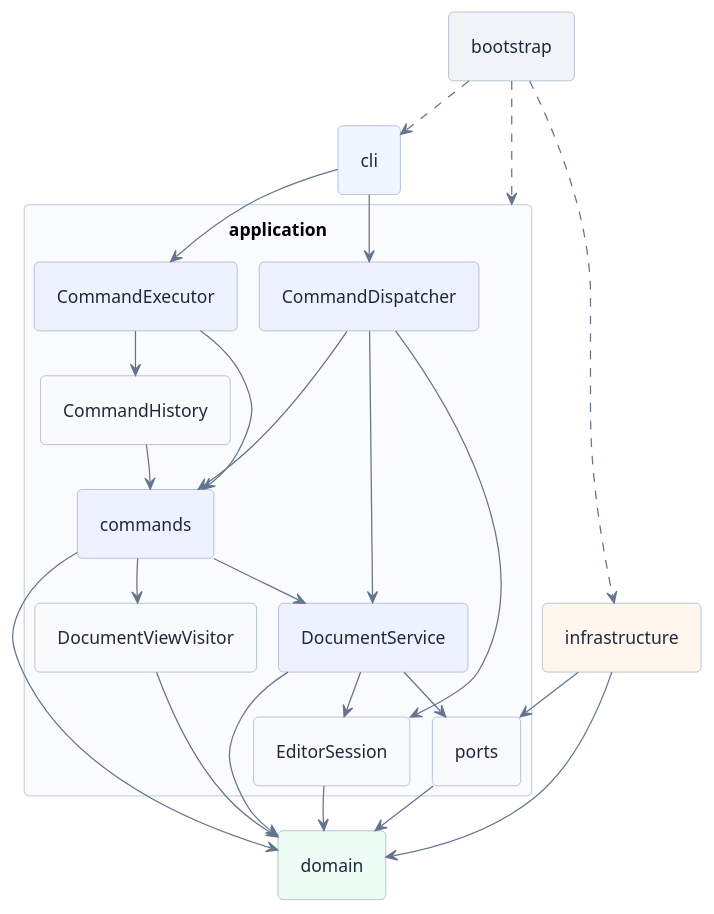
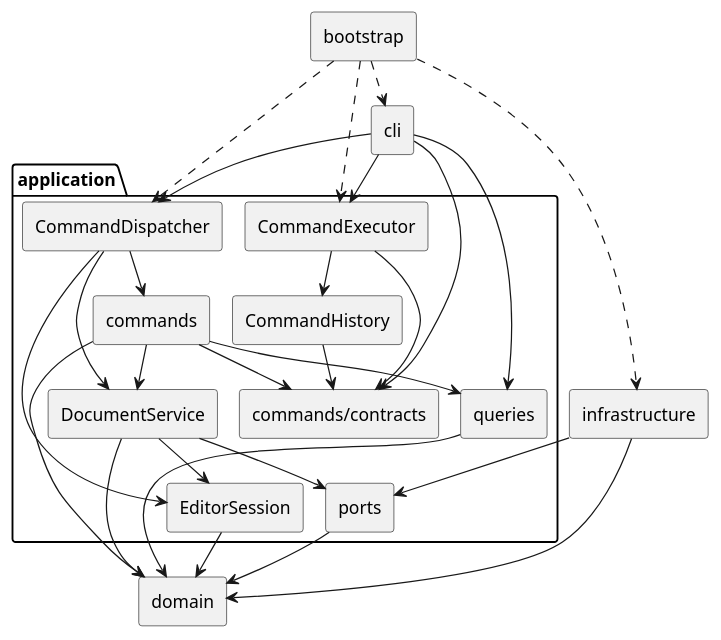
Before and after one commit to CelestriZeta/svg-editor-cli: the diagram in doc/README.md, drawn with PlantUML. The commit also changed other lines of this file and 35 other files, not shown here.

````diff
--- a/doc/README.md
+++ b/doc/README.md
@@ -47,77 +63,50 @@
 ```plantuml
 @startuml
 !pragma layout smetana
 top to bottom direction
-skinparam backgroundColor white
+skinparam componentStyle rectangle
 skinparam shadowing false
-skinparam componentStyle rectangle
-skinparam packageStyle rectangle
 skinparam defaultFontName "Microsoft YaHei"
-skinparam defaultFontSize 14
-skinparam ArrowColor #64748B
-skinparam ArrowThickness 1
-skinparam roundCorner 8
-skinparam nodesep 30
-skinparam ranksep 40
-skinparam padding 8
-skinparam component {
-  BorderColor #94A3B8
-  FontColor #1E293B
-}
-skinparam package {
-  BorderColor #CBD5E1
-  FontColor #334155
-  FontStyle bold
-}
-
-component "bootstrap" as boot #F1F5F9
-component "cli" as cli #EFF6FF
-package "application" as app #FAFBFE {
-  together {
-    component "CommandDispatcher" as dispatcher #EEF2FF
-    component "CommandExecutor" as executor #EEF2FF
-  }
-  together {
-    component "CommandHistory" as history #F8FAFC
-    component "commands" as commands #EEF2FF
-  }
-  together {
-    component "DocumentService" as documents #EEF2FF
-    component "DocumentViewVisitor" as views #F8FAFC
-  }
-  together {
-    component "EditorSession" as session #F8FAFC
-    component "ports" as ports #F8FAFC
-  }
-  dispatcher -[hidden]right-> executor
-  history -[hidden]right-> commands
+component "bootstrap" as boot
+component "cli" as cli
+package "application" {
+  component "CommandDispatcher" as dispatcher
+  component "CommandExecutor" as executor
+  component "CommandHistory" as history
+  component "commands" as commands
+  component "commands/contracts" as contracts
+  component "queries" as queries
+  component "DocumentService" as documents
+  component "EditorSession" as session
+  component "ports" as ports
   dispatcher --> commands
   dispatcher --> session
   dispatcher --> documents
-  executor --> commands
+  executor --> contracts
   executor --> history
-  history --> commands
+  history --> contracts
+  commands --> contracts
+  commands --> queries
   commands --> documents
-  commands --> views
   documents --> session
   documents --> ports
-  commands -[hidden]down-> views
-  views -[hidden]down-> session
 }
-component "infrastructure" as infra #FFF7ED
-component "domain" as domain #ECFDF5
+component "domain" as domain
+component "infrastructure" as infra
 boot ..> cli
-boot ..> app
+boot ..> dispatcher
+boot ..> executor
 boot ..> infra
 cli --> dispatcher
 cli --> executor
+cli --> contracts
+cli --> queries
 commands --> domain
-views --> domain
+queries --> domain
 session --> domain
 documents --> domain
 ports --> domain
 infra --> ports
 infra --> domain
-session -[hidden]down-> domain
 @enduml
 ```
````
